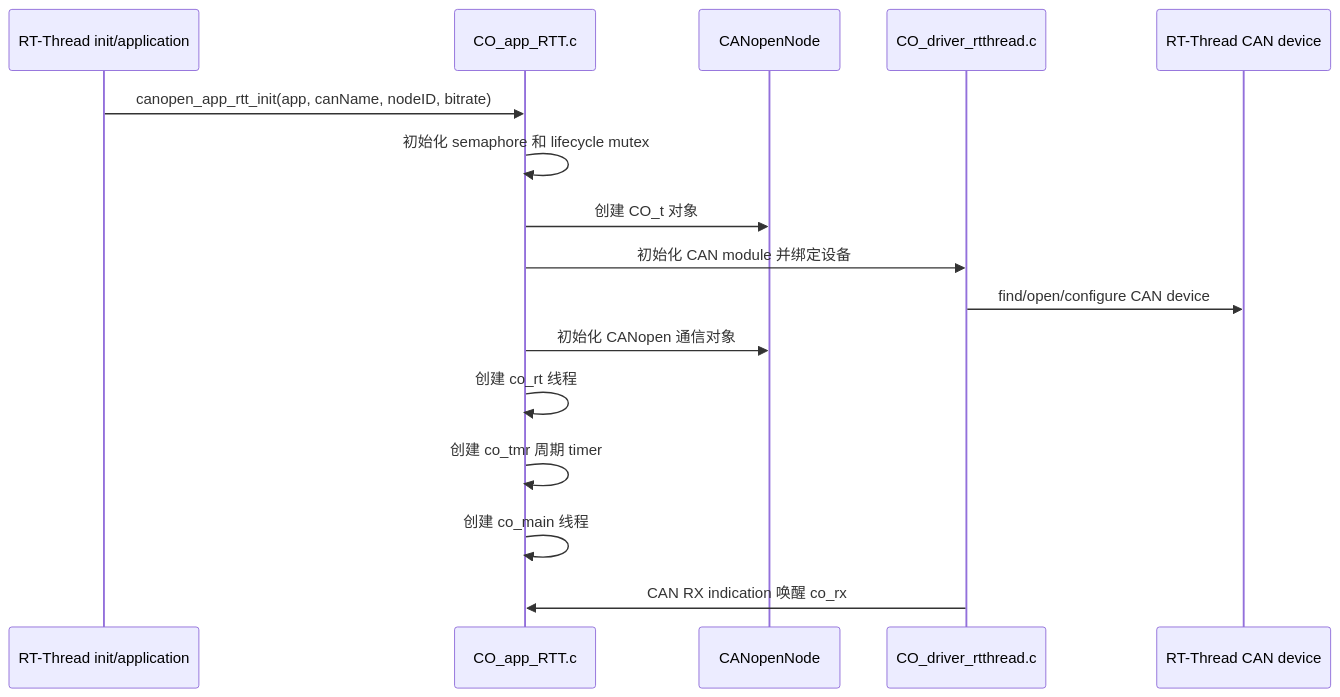
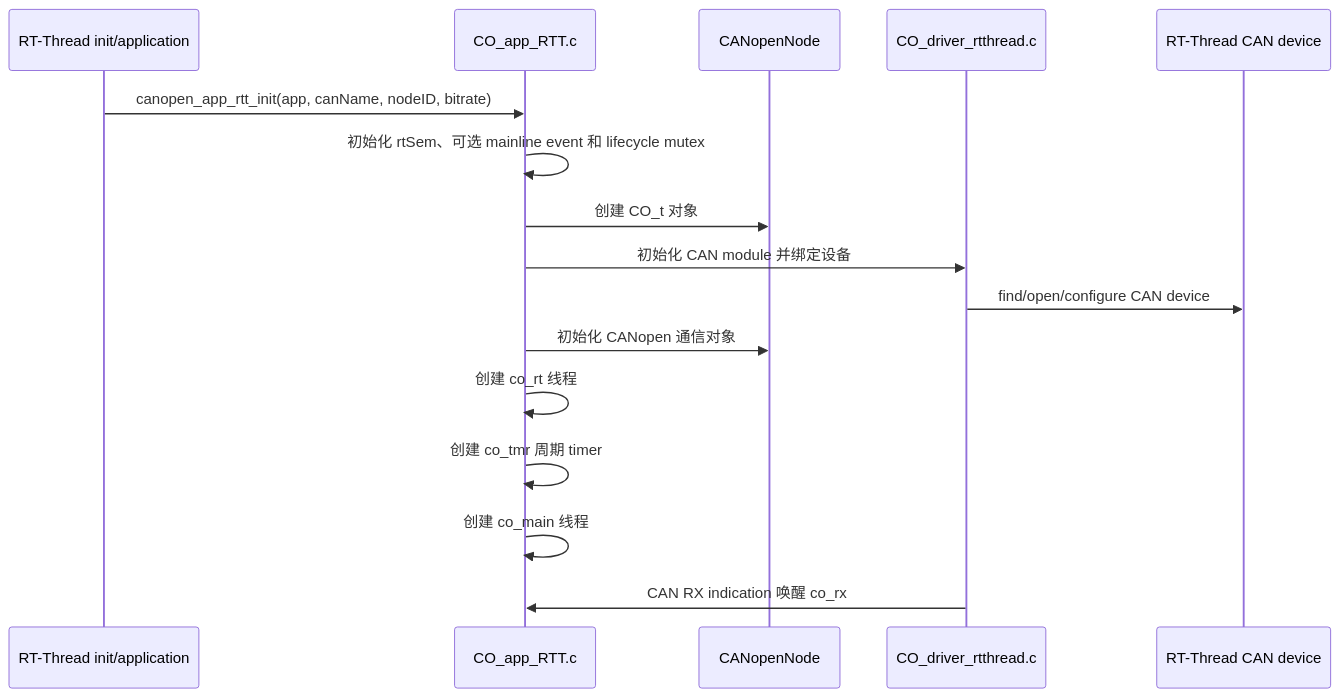
Before and after one commit to wdfk-prog/canopennode-rtt: the second of 3 diagrams in docs/zh/rt-thread-integration.md, drawn with Mermaid. The commit also changed other lines of this file and 19 other files, not shown here.

First line of the commit message:
feat[canopennode][runtime]: add event-driven mainline scheduling

````diff
--- a/docs/zh/rt-thread-integration.md
+++ b/docs/zh/rt-thread-integration.md
@@ -62,19 +63,19 @@
 ```mermaid
 sequenceDiagram
     participant App as RT-Thread init/application
     participant Wrapper as CO_app_RTT.c
     participant Core as CANopenNode
     participant Driver as CO_driver_rtthread.c
     participant CAN as RT-Thread CAN device
 
     App->>Wrapper: canopen_app_rtt_init(app, canName, nodeID, bitrate)
-    Wrapper->>Wrapper: 初始化 semaphore 和 lifecycle mutex
+    Wrapper->>Wrapper: 初始化 rtSem、可选 mainline event 和 lifecycle mutex
     Wrapper->>Core: 创建 CO_t 对象
     Wrapper->>Driver: 初始化 CAN module 并绑定设备
     Driver->>CAN: find/open/configure CAN device
     Wrapper->>Core: 初始化 CANopen 通信对象
     Wrapper->>Wrapper: 创建 co_rt 线程
     Wrapper->>Wrapper: 创建 co_tmr 周期 timer
     Wrapper->>Wrapper: 创建 co_main 线程
     Driver->>Wrapper: CAN RX indication 唤醒 co_rx
 ```
````
